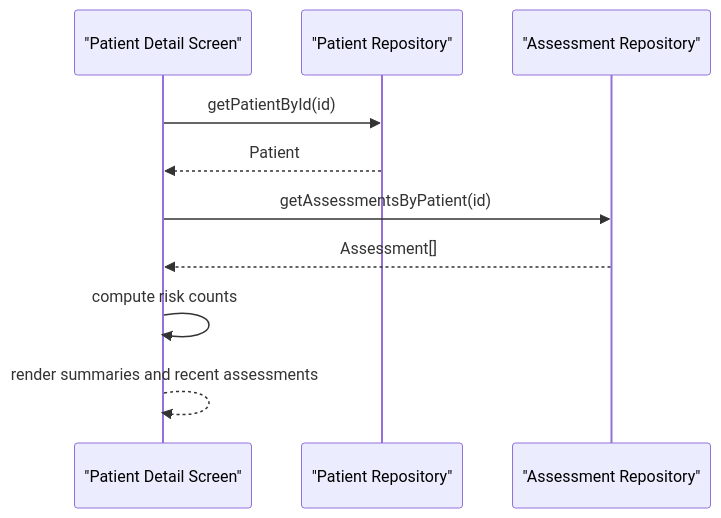
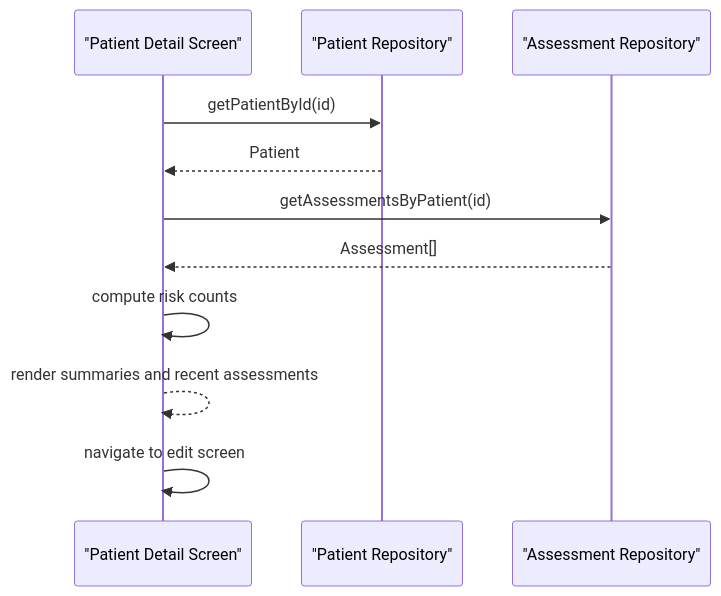
Before and after one commit to AdeelTahir-SE/DermSight: the sixth of 8 diagrams in .qoder/repowiki/en/content/Patient Management/Patient Management.md, drawn with Mermaid. The commit also changed other lines of this file and 43 other files, not shown here.

````diff
--- a/.qoder/repowiki/en/content/Patient Management/Patient Management.md
+++ b/.qoder/repowiki/en/content/Patient Management/Patient Management.md
@@ -249,12 +302,13 @@
 ```mermaid
 sequenceDiagram
 participant D as "Patient Detail Screen"
 participant R as "Patient Repository"
 participant AR as "Assessment Repository"
 D->>R : getPatientById(id)
 R-->>D : Patient
 D->>AR : getAssessmentsByPatient(id)
 AR-->>D : Assessment[]
 D->>D : compute risk counts
 D-->>D : render summaries and recent assessments
+D->>D : navigate to edit screen
 ```
````
